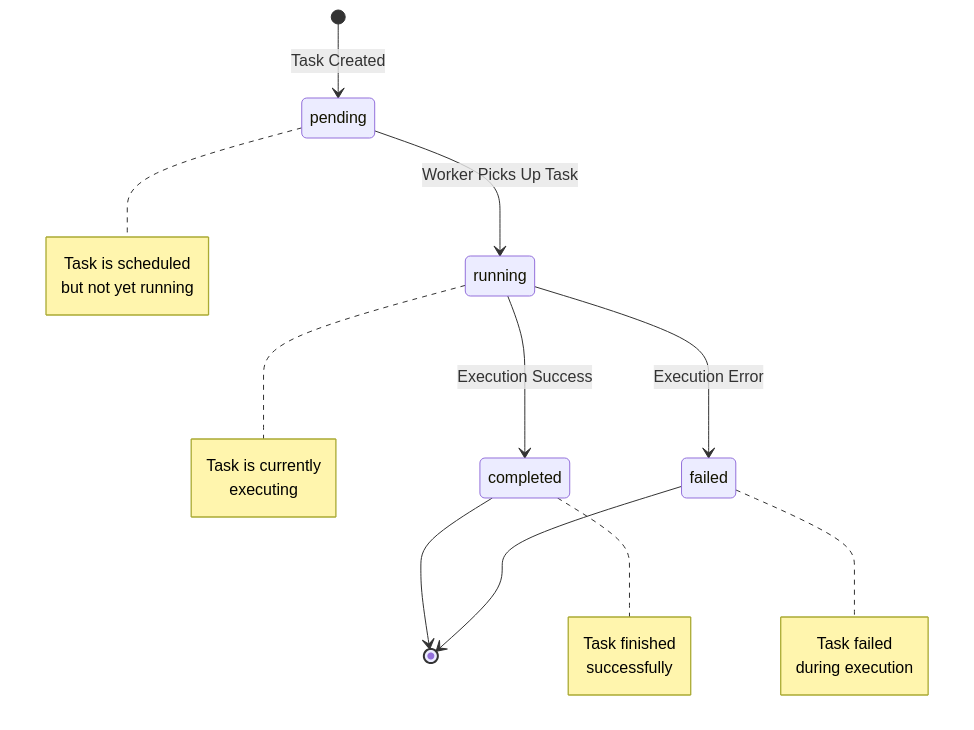
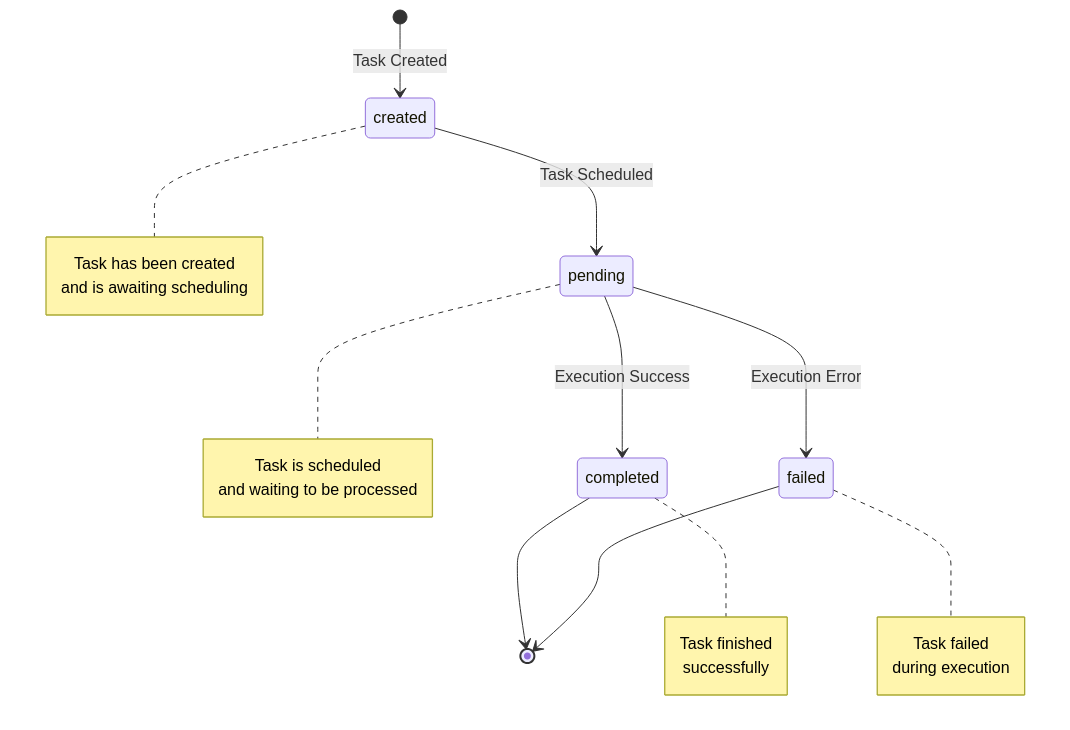
Before and after one commit to Hhacel/TaskFlow: the diagram in apps/api/README.md, drawn with Mermaid. The commit also changed other lines of this file and 4 other files, not shown here.

````diff
--- a/apps/api/README.md
+++ b/apps/api/README.md
@@ -77,29 +77,29 @@
 ```mermaid
 stateDiagram-v2
-    [*] --> pending: Task Created
-    pending --> running: Worker Picks Up Task
-    running --> completed: Execution Success
-    running --> failed: Execution Error
+    [*] --> created: Task Created
+    created --> pending: Task Scheduled
+    pending --> completed: Execution Success
+    pending --> failed: Execution Error
     completed --> [*]
     failed --> [*]
     
+    note right of created
+        Task has been created
+        and is awaiting scheduling
+    end note
+    
     note right of pending
         Task is scheduled
-        but not yet running
-    end note
-    
-    note right of running
-        Task is currently
-        executing
+        and waiting to be processed
     end note
     
     note right of completed
         Task finished
         successfully
     end note
     
     note right of failed
         Task failed
         during execution
     end note
 ```
````
